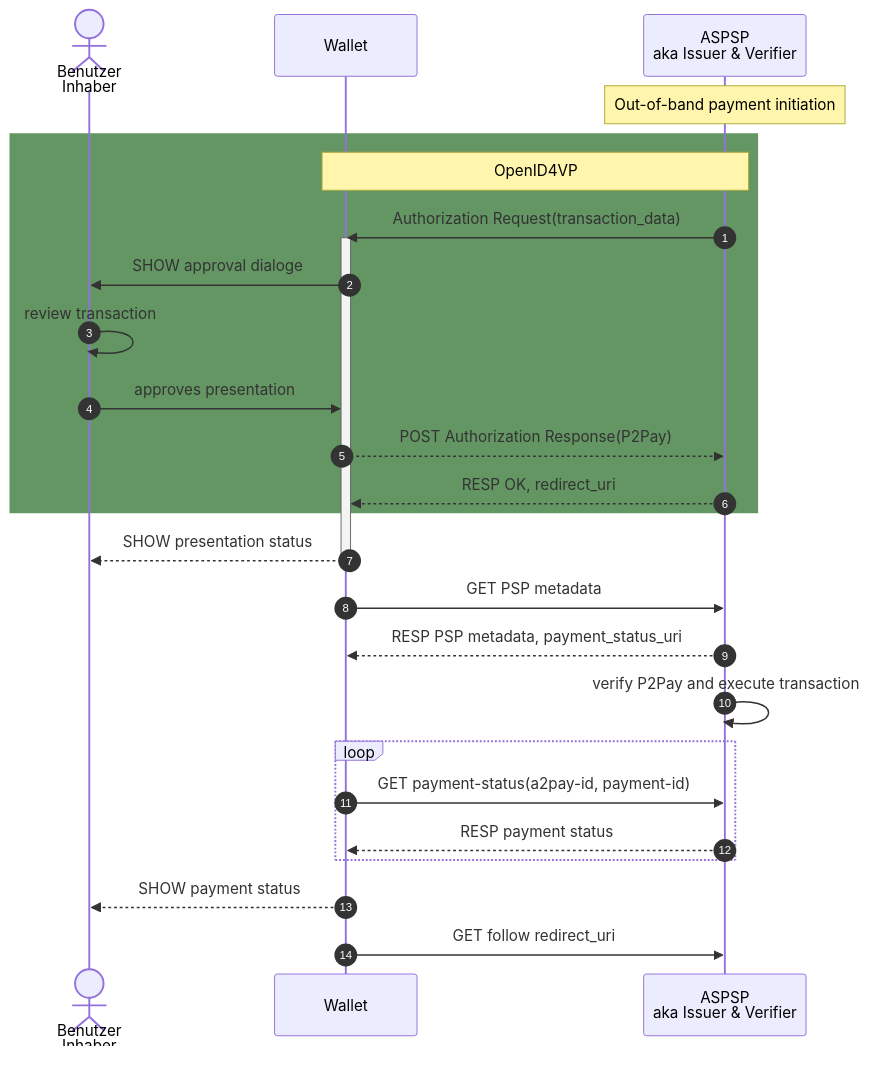
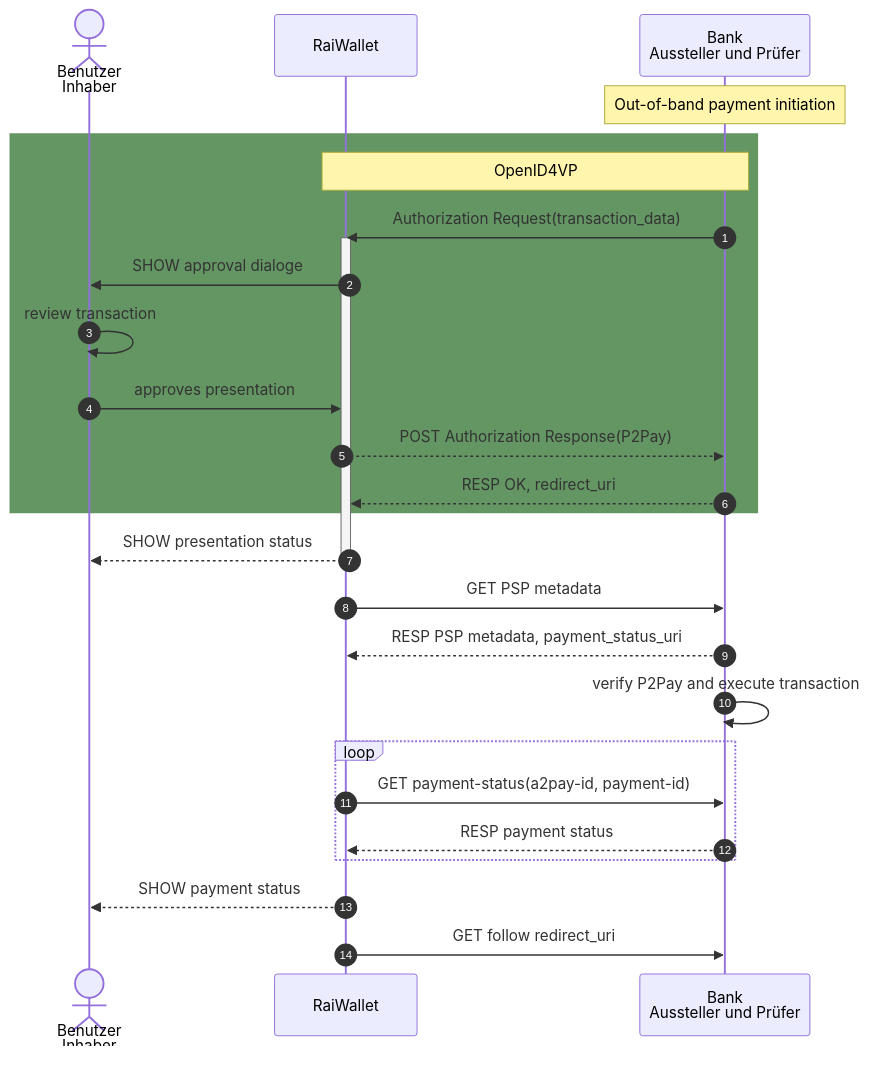
The diagram in readme.md (frogman/tomcat), drawn with Mermaid before and after one commit.

````diff
--- a/readme.md
+++ b/readme.md
@@ -1,33 +1,33 @@
 ```mermaid
 
 sequenceDiagram
     autonumber
     actor user as Benutzer<br/>Inhaber
-    participant wallet as Wallet 
-    participant psp as ASPSP<br/>aka Issuer & Verifier
+    participant wallet as RaiWallet 
+    participant psp as Bank<br/>Aussteller und Prüfer
 
     Note over psp: Out-of-band payment initiation
     rect rgb(100, 150, 100)
     note over wallet, psp: OpenID4VP
     psp ->> wallet: Authorization Request(transaction_data)
     activate wallet
     wallet ->> user: SHOW approval dialoge
     user ->> user: review transaction
     user ->> wallet: approves presentation
     wallet -->> psp: POST Authorization Response(P2Pay)
     psp -->> wallet: RESP OK, redirect_uri
     end
     wallet -->> user: SHOW presentation status
     deactivate wallet
     wallet ->> psp: GET PSP metadata
     psp -->> wallet: RESP PSP metadata, payment_status_uri
     psp ->> psp: verify P2Pay and execute transaction
     loop
     wallet ->> psp: GET payment-status(a2pay-id, payment-id)
 
     psp -->> wallet: RESP payment status 
     end
     wallet -->> user: SHOW payment status
     wallet ->> psp: GET follow redirect_uri
 
 ```
````
